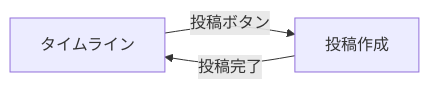
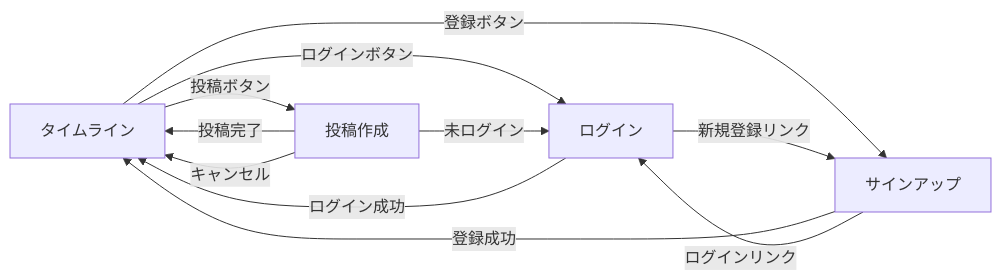
The diagram in docs/screens/README.md (yna87/vue-kotlin-sns), drawn with Mermaid before and after one commit. The commit also changed other lines of this file and 7 other files, not shown here.

````diff
--- a/docs/screens/README.md
+++ b/docs/screens/README.md
@@ -16,5 +24,13 @@
 ```mermaid
 graph LR
     A[タイムライン] -->|投稿ボタン| B[投稿作成]
+    A -->|ログインボタン| C[ログイン]
+    A -->|登録ボタン| D[サインアップ]
     B -->|投稿完了| A
+    B -->|キャンセル| A
+    B -->|未ログイン| C
+    C -->|ログイン成功| A
+    C -->|新規登録リンク| D
+    D -->|登録成功| A
+    D -->|ログインリンク| C
 ```
````
